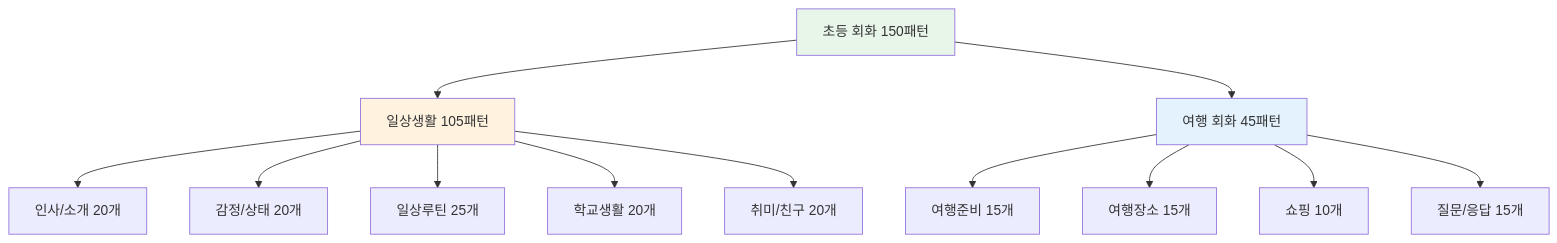
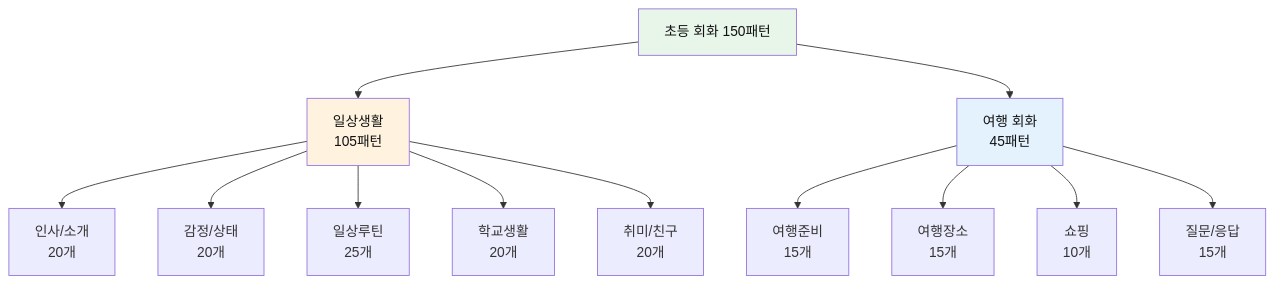
The second of 13 diagrams in 영어_일상_회화/전설의_2_초등_회화_150패턴.md (Collegenie-X/AI-English), drawn with Mermaid before and after one commit. The commit also changed other lines of this file and 26 other files, not shown here.

````diff
--- a/영어_일상_회화/전설의_2_초등_회화_150패턴.md
+++ b/영어_일상_회화/전설의_2_초등_회화_150패턴.md
@@ -31,20 +31,20 @@
 ```mermaid
 graph TB
-    A[초등 회화 150패턴] --> B[일상생활 105패턴]
-    A --> C[여행 회화 45패턴]
+    A[초등 회화 150패턴] --> B[일상생활 <br>105패턴]
+    A --> C[여행 회화 <br>45패턴]
     
-    B --> B1[인사/소개 20개]
-    B --> B2[감정/상태 20개]
-    B --> B3[일상루틴 25개]
-    B --> B4[학교생활 20개]
-    B --> B5[취미/친구 20개]
+    B --> B1[인사/소개 <br>20개]
+    B --> B2[감정/상태 <br>20개]
+    B --> B3[일상루틴 <br>25개]
+    B --> B4[학교생활 <br>20개]
+    B --> B5[취미/친구 <br>20개]
     
-    C --> C1[여행준비 15개]
-    C --> C2[여행장소 15개]
-    C --> C3[쇼핑 10개]
-    C --> C4[질문/응답 15개]
+    C --> C1[여행준비 <br>15개]
+    C --> C2[여행장소 <br>15개]
+    C --> C3[쇼핑 <br>10개]
+    C --> C4[질문/응답 <br>15개]
     
-    style A fill:#e8f5e9
-    style B fill:#fff3e0
-    style C fill:#e3f2fd
+    style A fill:#e8f5e9,color:#111
+    style B fill:#fff3e0,color:#111
+    style C fill:#e3f2fd,color:#111
 ```
````
